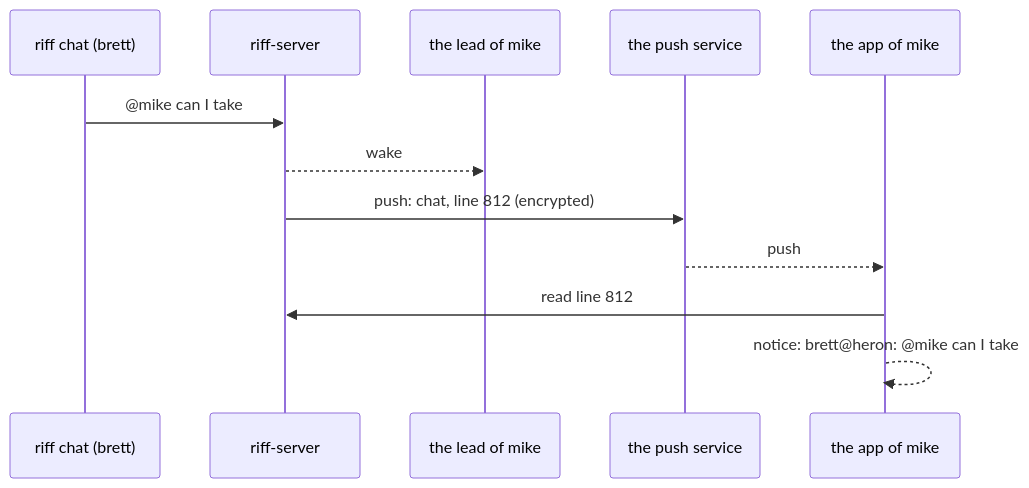
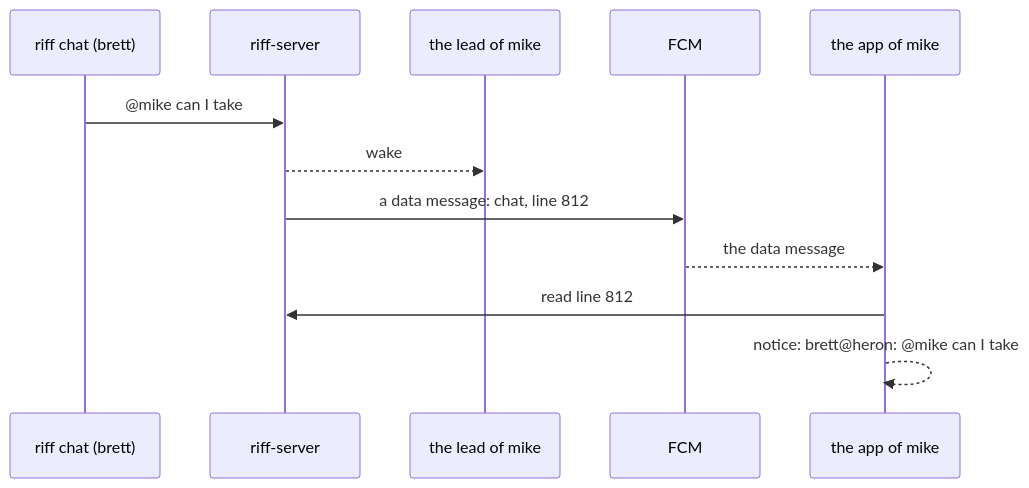
One commit to como-technologies/riff changed the third of 3 diagrams in docs/src/riff-mobile.md. Above: the diagram before and after it, drawn with Mermaid. The commit also changed other lines of this file and 1 other file, not shown here.

First line of the commit message:
Design: riff chat on a phone: an Android app, a Rust core with UniFFI (#951)

````diff
--- a/docs/src/riff-mobile.md
+++ b/docs/src/riff-mobile.md
@@ -142,14 +164,14 @@
 ```mermaid
 sequenceDiagram
     participant B as riff chat (brett)
     participant S as riff-server
     participant L as the lead of mike
-    participant X as the push service
+    participant F as FCM
     participant W as the app of mike
     B->>S: @mike can I take #14? (to user=mike, lead=true)
     S-->>L: wake
-    S->>X: push: chat, line 812 (encrypted)
-    X-->>W: push
+    S->>F: a data message: chat, line 812
+    F-->>W: the data message
     W->>S: read line 812
     W-->>W: notice: brett@heron: @mike can I take #14?
 ```
````
